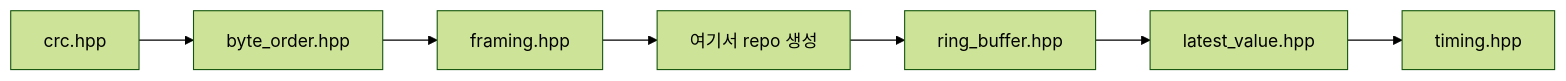
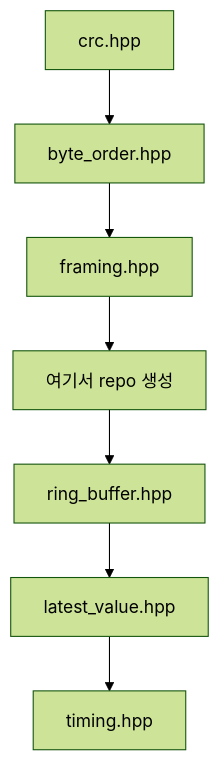
One commit to genie4youu/genie4youu.github.io changed the diagram in _posts/comm-basics/2026-08-06-12-basics-comm-core.md. Above: the diagram before and after it, drawn with Mermaid (forest theme). The commit also changed 11 other files, not shown here.

````diff
--- a/_posts/comm-basics/2026-08-06-12-basics-comm-core.md
+++ b/_posts/comm-basics/2026-08-06-12-basics-comm-core.md
@@ -181,9 +181,9 @@
 ```mermaid
-flowchart LR
+flowchart TD
   A[crc.hpp] --> B[byte_order.hpp]
   B --> C[framing.hpp]
   C --> R[여기서 repo 생성]
   R --> D[ring_buffer.hpp]
   D --> E[latest_value.hpp]
   E --> F[timing.hpp]
 ```
````
